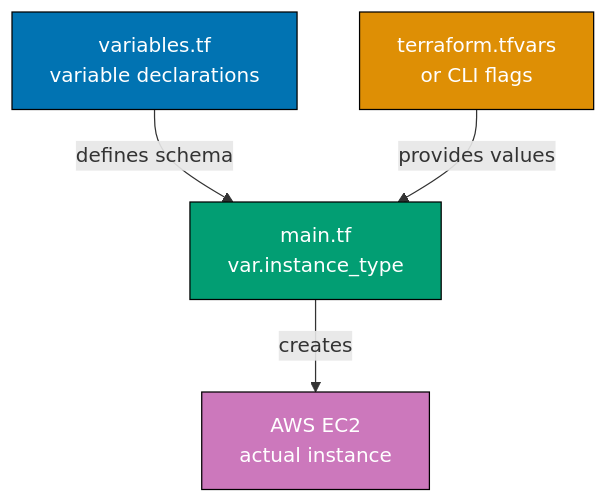
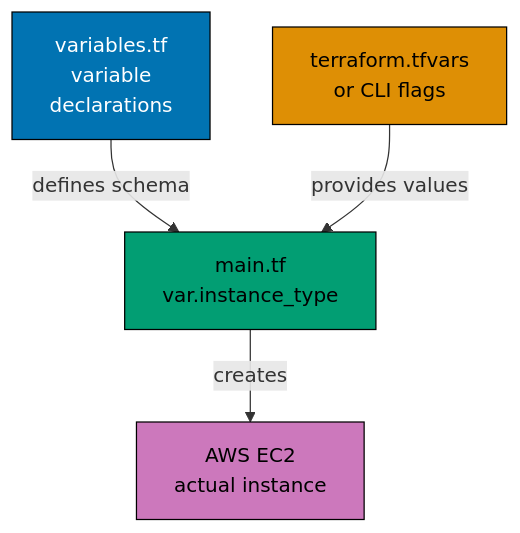
Before and after one commit to wahidyankf/ose-public: the fourth of 9 diagrams in apps/ayokoding-www/content/en/learn/legacy/software-engineering/infrastructure/infrastructure-as-code/by-example/beginner.md, drawn with Mermaid. The commit also changed other lines of this file and 131 other files, not shown here.

First line of the commit message:
fix(mermaid): bring the legacy data, infrastructure, and testing diagrams onto the accessible palette

````diff
--- a/apps/ayokoding-www/content/en/learn/legacy/software-engineering/infrastructure/infrastructure-as-code/by-example/beginner.md
+++ b/apps/ayokoding-www/content/en/learn/legacy/software-engineering/infrastructure/infrastructure-as-code/by-example/beginner.md
@@ -384,16 +403,23 @@
 ```mermaid
 graph TD
-    A["variables.tf<br/>variable declarations"]
+    accTitle: Example 9: Input Variables with Type Constraints
+    accDescr: Graph with 4 nodes and 3 connections. Nodes: variables.tf variable declarations, terraform.tfvars or CLI flags, main.tf var.instance_type, AWS EC2 actual instance. Connections: variables.tf variable declarations to main.tf var.instance_type (defines schema), terraform.tfvars or CLI flags to main.tf var.instance_type (provides values), main.tf var.instance_type to AWS EC2 actual instance (creates).
+    A["variables.tf<br/>variable<br/>declarations"]
     B["terraform.tfvars<br/>or CLI flags"]
     C["main.tf<br/>var.instance_type"]
     D["AWS EC2<br/>actual instance"]
 
     A -->|defines schema| C
     B -->|provides values| C
     C -->|creates| D
 
-    style A fill:#0173B2,stroke:#000,color:#fff
-    style B fill:#DE8F05,stroke:#000,color:#fff
-    style C fill:#029E73,stroke:#000,color:#fff
-    style D fill:#CC78BC,stroke:#000,color:#fff
+    classDef pal-0173B2 fill:#0173B2,stroke:#000000,color:#FFFFFF
+    class A pal-0173B2
+    classDef pal-DE8F05 fill:#DE8F05,stroke:#000000,color:#000000
+    class B pal-DE8F05
+    classDef pal-029E73 fill:#029E73,stroke:#000000,color:#000000
+    class C pal-029E73
+    classDef pal-CC78BC fill:#CC78BC,stroke:#000000,color:#000000
+    class D pal-CC78BC
+    classDef default fill:#FFFFFF,stroke:#000000,color:#000000
 ```
````
